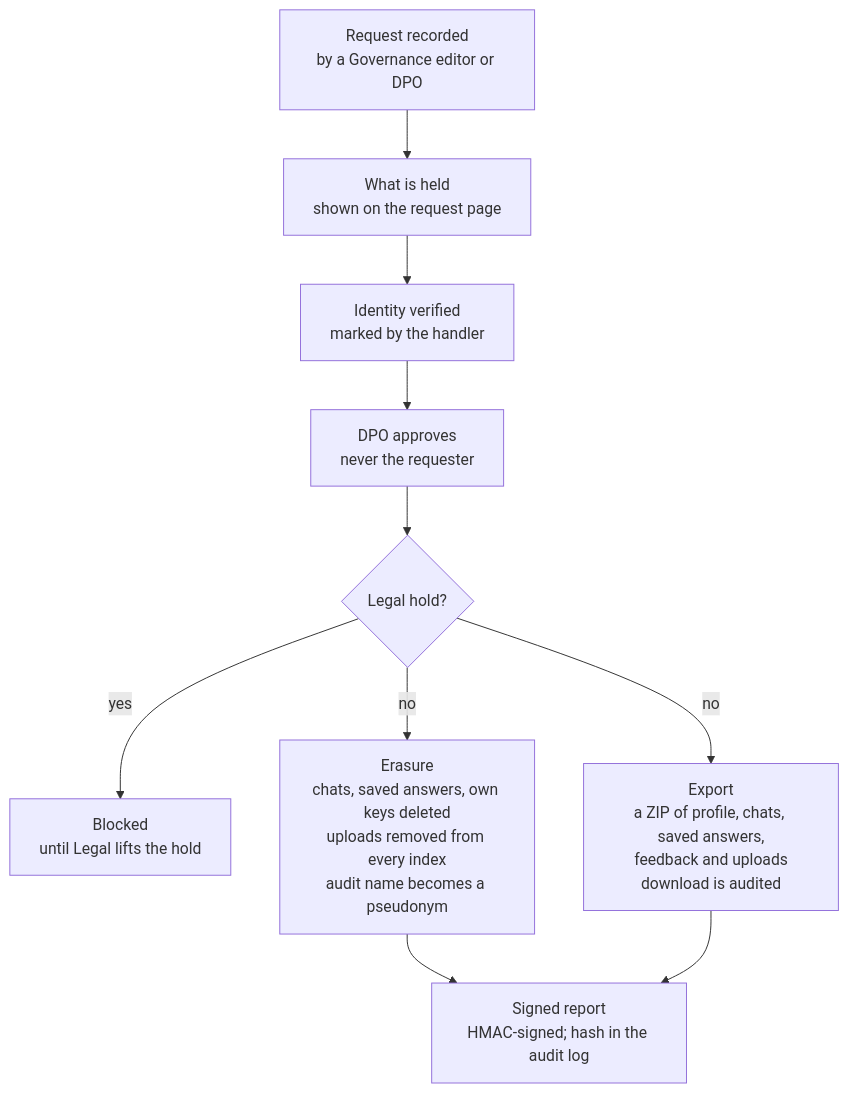
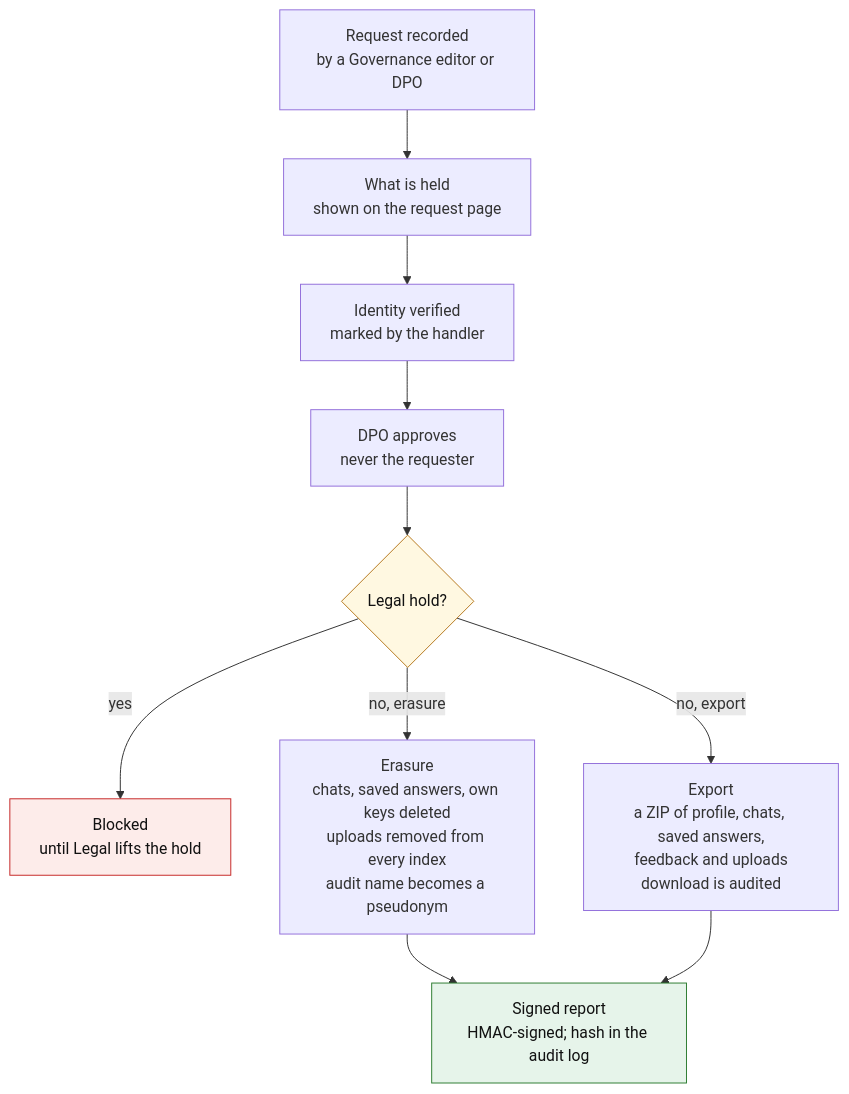
One commit to shturag/veyntora changed the eighth of 9 diagrams in docs/user-flows.md. Above: the diagram before and after it, drawn with Mermaid. The commit also changed other lines of this file, not shown here.

First line of the commit message:
Docs: flows page reworked for reading on GitHub

````diff
--- a/docs/user-flows.md
+++ b/docs/user-flows.md
@@ -283,12 +443,18 @@
 ```mermaid
 flowchart TD
     recorded["Request recorded<br/>by a Governance editor or DPO"] --> held["What is held<br/>shown on the request page"]
     held --> identity["Identity verified<br/>marked by the handler"]
     identity --> dpo["DPO approves<br/>never the requester"]
     dpo --> hold{"Legal hold?"}
     hold -- yes --> blocked["Blocked<br/>until Legal lifts the hold"]
-    hold -- no --> erasure["Erasure<br/>chats, saved answers, own keys deleted<br/>uploads removed from every index<br/>audit name becomes a pseudonym"]
-    hold -- no --> export["Export<br/>a ZIP of profile, chats, saved answers,<br/>feedback and uploads<br/>download is audited"]
+    hold -- "no, erasure" --> erasure["Erasure<br/>chats, saved answers, own keys deleted<br/>uploads removed from every index<br/>audit name becomes a pseudonym"]
+    hold -- "no, export" --> export["Export<br/>a ZIP of profile, chats, saved answers,<br/>feedback and uploads<br/>download is audited"]
     erasure --> report["Signed report<br/>HMAC-signed; hash in the audit log"]
     export --> report
+    classDef good fill:#e6f4ea,stroke:#2e7d32,color:#111
+    classDef stop fill:#fdecea,stroke:#c62828,color:#111
+    classDef decision fill:#fff8e1,stroke:#b7791f,color:#111
+    class report good
+    class blocked stop
+    class hold decision
 ```
````
